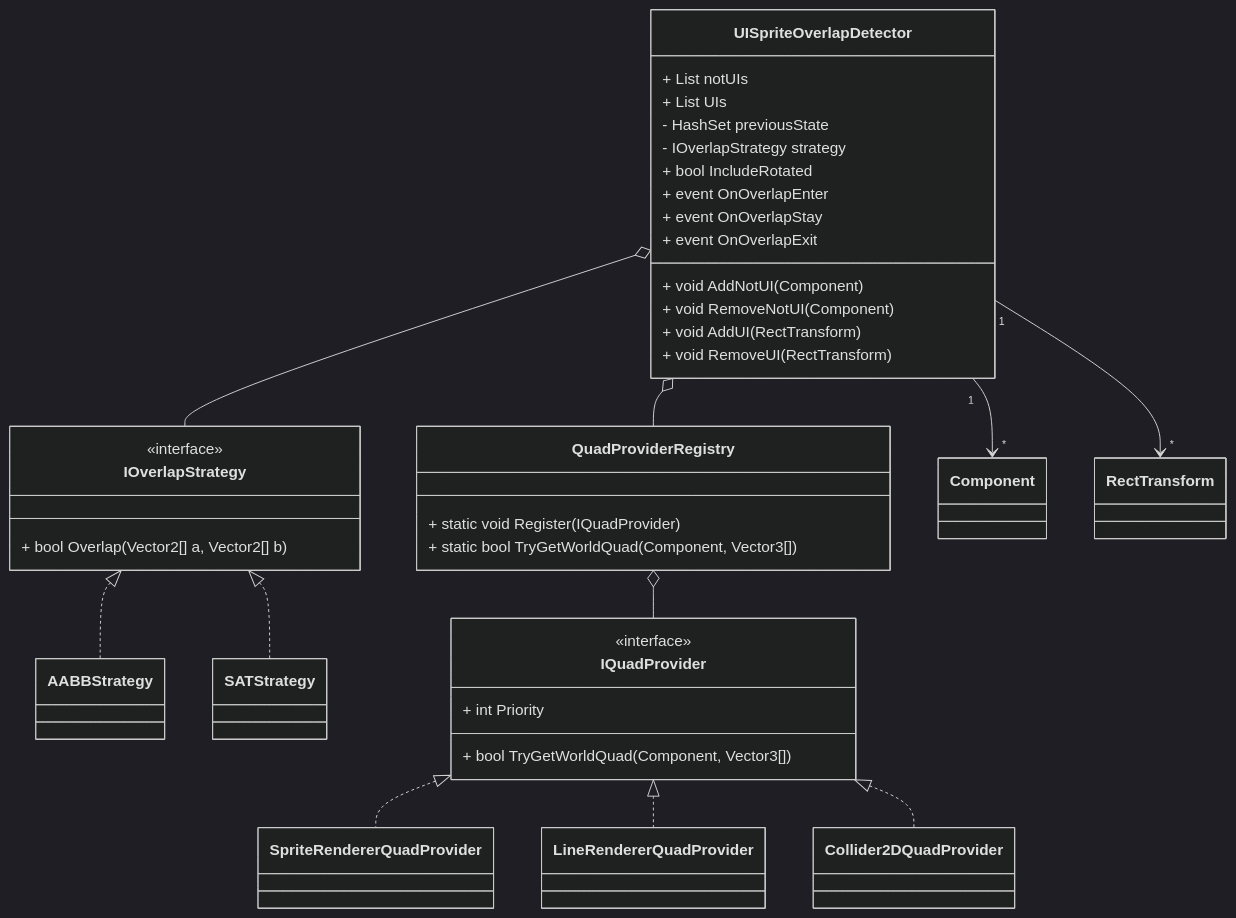
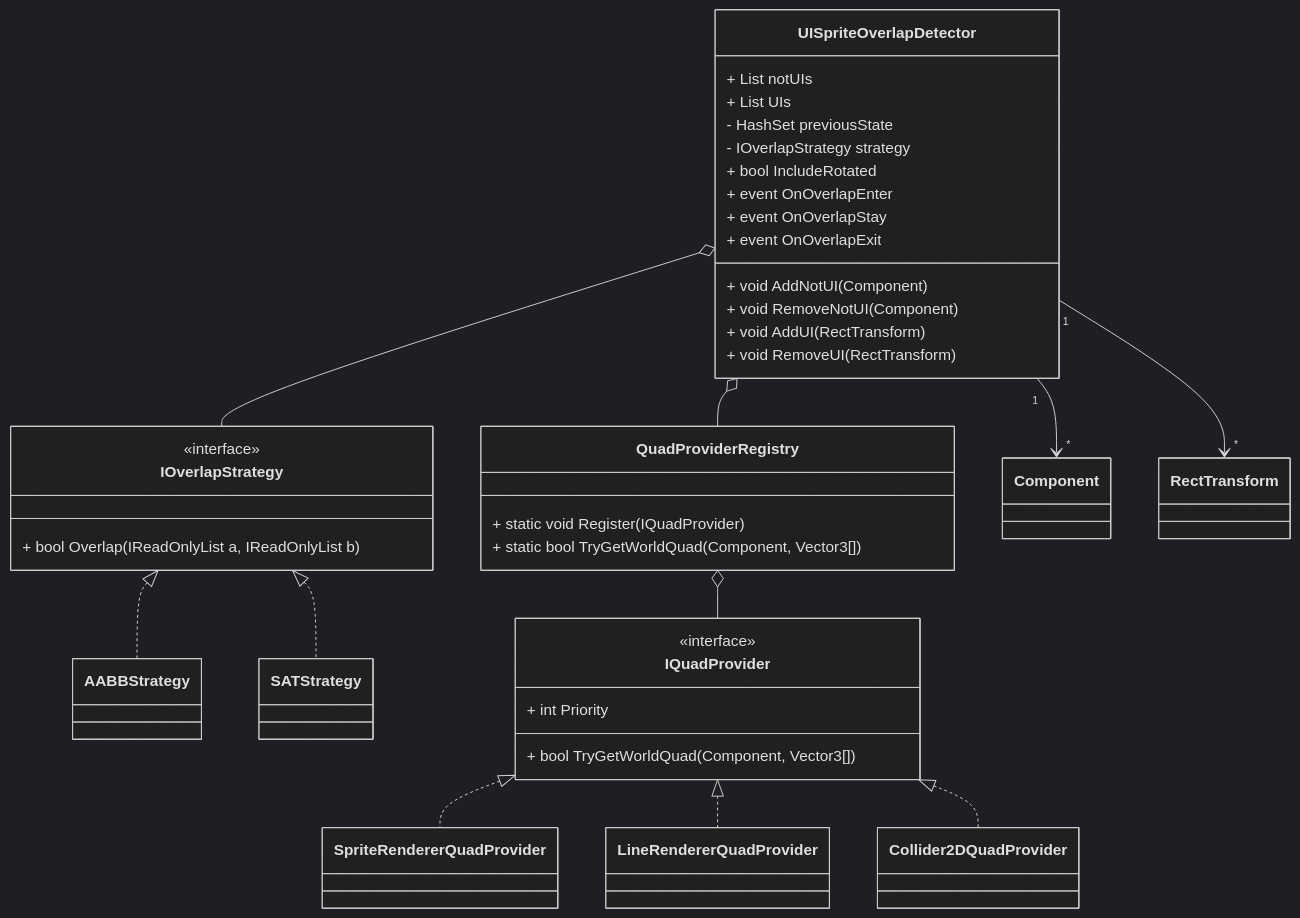
Before and after one commit to SunagimoOisii/UIOverlapDetector: the diagram in README.md, drawn with Mermaid (dark theme). The commit also changed 4 other files, not shown here.

````diff
--- a/README.md
+++ b/README.md
@@ -29,56 +29,56 @@
 ```mermaid
 classDiagram
     direction TD
     
     class IOverlapStrategy {
         <<interface>>
-        + bool Overlap(Vector2[] a, Vector2[] b)
+        + bool Overlap(IReadOnlyList<Vector2> a, IReadOnlyList<Vector2> b)
     }
 
     class AABBStrategy
     class SATStrategy
 
     IOverlapStrategy <|.. AABBStrategy
     IOverlapStrategy <|.. SATStrategy
 
     class IQuadProvider {
         <<interface>>
         + int Priority
         + bool TryGetWorldQuad(Component, Vector3[])
     }
 
     class SpriteRendererQuadProvider
     class LineRendererQuadProvider
     class Collider2DQuadProvider
 
     IQuadProvider <|.. SpriteRendererQuadProvider
     IQuadProvider <|.. LineRendererQuadProvider
     IQuadProvider <|.. Collider2DQuadProvider
 
     class QuadProviderRegistry {
         + static void Register(IQuadProvider)
         + static bool TryGetWorldQuad(Component, Vector3[])
     }
 
     class UISpriteOverlapDetector {
         + List notUIs
         + List UIs
         - HashSet previousState
         - IOverlapStrategy strategy
         + bool IncludeRotated
 
         + event OnOverlapEnter
         + event OnOverlapStay
         + event OnOverlapExit
         + void AddNotUI(Component)
         + void RemoveNotUI(Component)
         + void AddUI(RectTransform)
         + void RemoveUI(RectTransform)
     }
 
     UISpriteOverlapDetector o-- IOverlapStrategy
     UISpriteOverlapDetector o-- QuadProviderRegistry
     QuadProviderRegistry o-- IQuadProvider
     UISpriteOverlapDetector "1" --> "*" Component
     UISpriteOverlapDetector "1" --> "*" RectTransform
 ```
````
